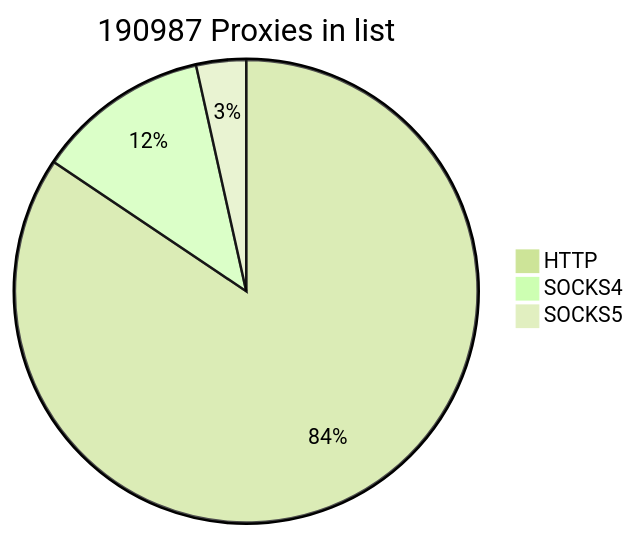
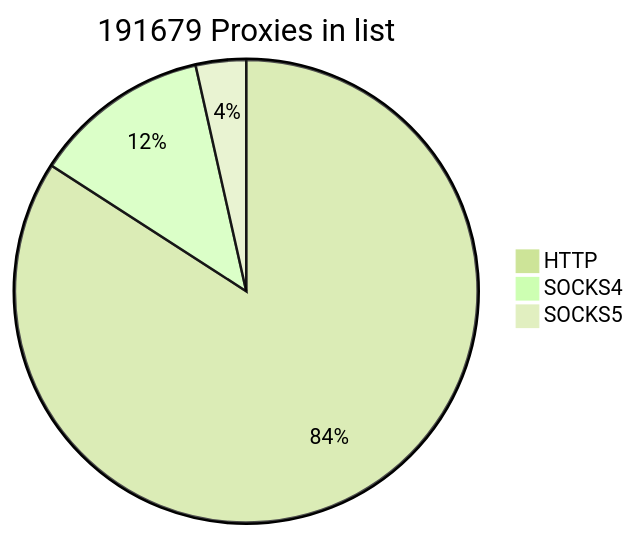
The first of 2 diagrams in README.md (cutipu/proxylist), drawn with Mermaid (forest theme) before and after one commit. The commit also changed other lines of this file, not shown here.

````diff
--- a/README.md
+++ b/README.md
@@ -2,7 +2,7 @@
 ```mermaid
-pie title 190987 Proxies in list
-    "HTTP" : 161220
-    "SOCKS4" : 23117
-    "SOCKS5" : 6650
+pie title 191679 Proxies in list
+    "HTTP" : 161240
+    "SOCKS4" : 23707
+    "SOCKS5" : 6732
             
 ```
````
